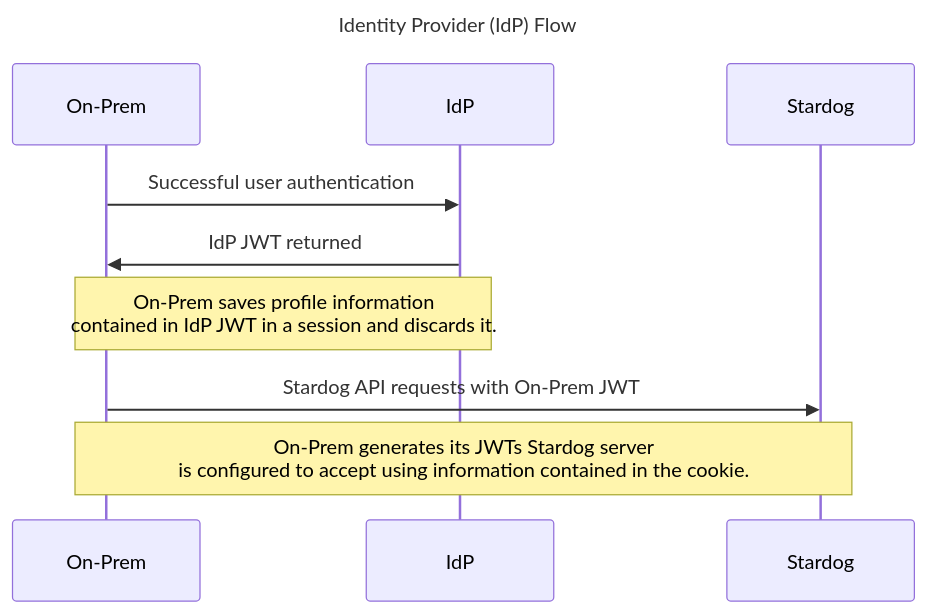
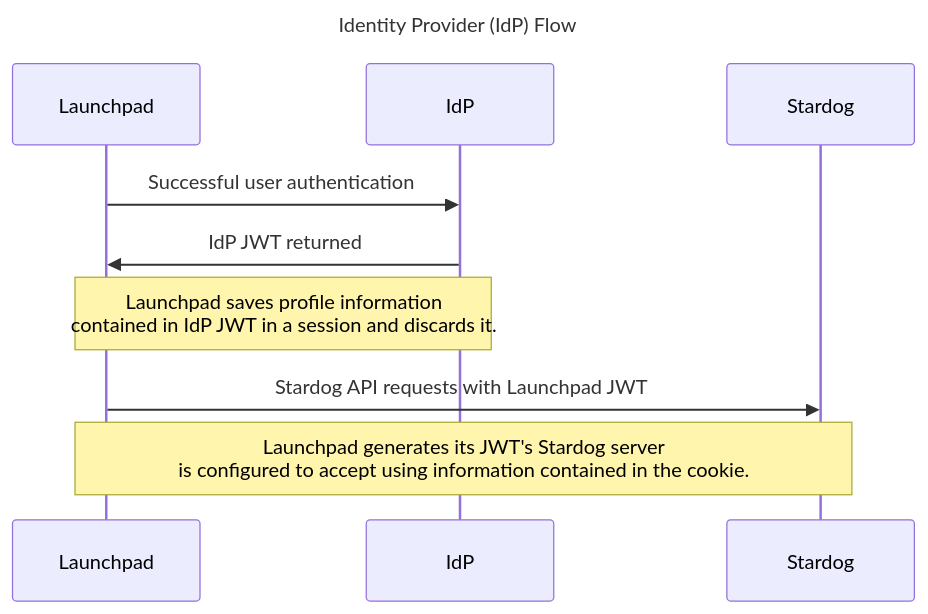
One commit to stardog-union/launchpad-docs changed the second of 2 diagrams in README.md. Above: the diagram before and after it, drawn with Mermaid. The commit also changed other lines of this file and 12 other files, not shown here.

````diff
--- a/README.md
+++ b/README.md
@@ -37,9 +37,9 @@
 ```mermaid
 sequenceDiagram
   title Identity Provider (IdP) Flow
-  On-Prem->>IdP: Successful user authentication
-  IdP->>On-Prem: IdP JWT returned
-  Note over IdP,On-Prem: On-Prem saves profile information <br> contained in IdP JWT in a session and discards it.
-  On-Prem->>Stardog: Stardog API requests with On-Prem JWT
-  Note over On-Prem,Stardog: On-Prem generates its JWTs Stardog server <br> is configured to accept using information contained in the cookie.
+  Launchpad->>IdP: Successful user authentication
+  IdP->>Launchpad: IdP JWT returned
+  Note over IdP,Launchpad: Launchpad saves profile information <br> contained in IdP JWT in a session and discards it.
+  Launchpad->>Stardog: Stardog API requests with Launchpad JWT
+  Note over Launchpad,Stardog: Launchpad generates its JWT's Stardog server <br> is configured to accept using information contained in the cookie.
 ```
````
